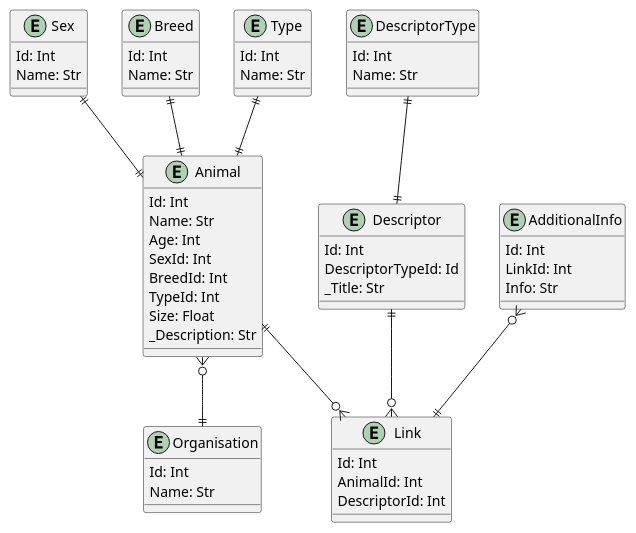
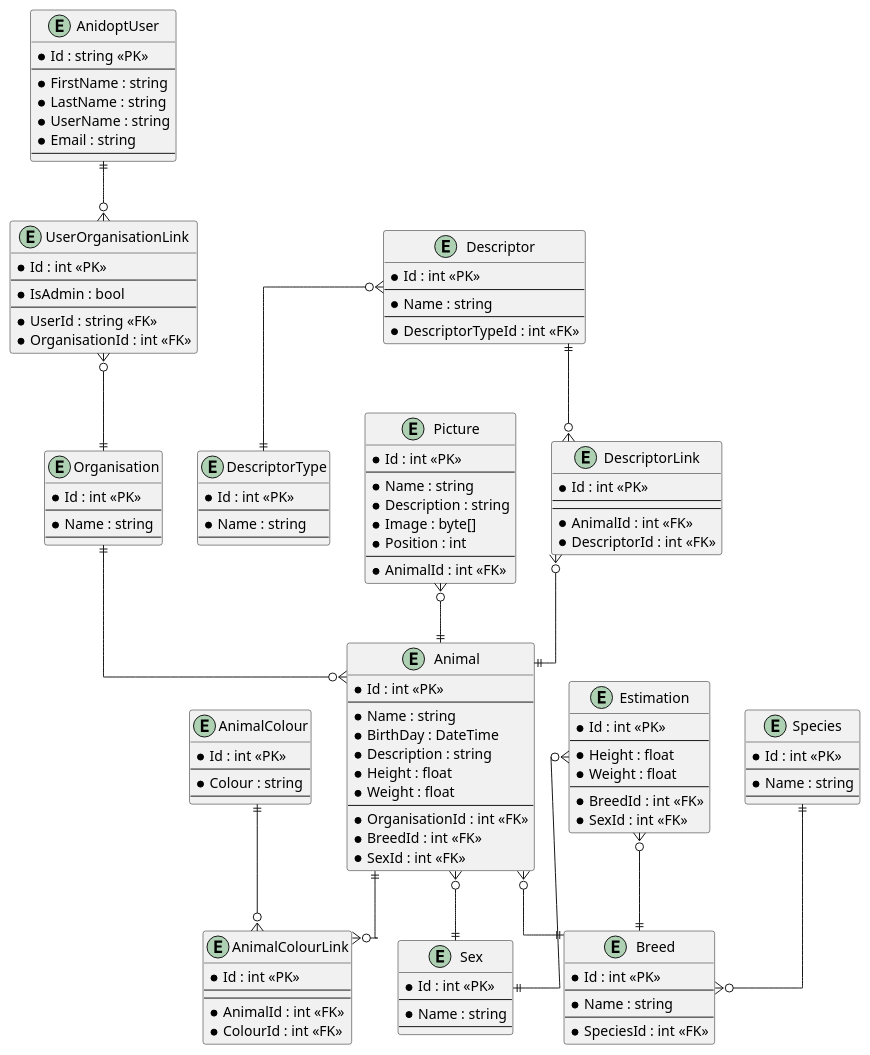
One commit to aidan-bailey/Anidopt changed the diagram in Diagrams/db.plantuml. Above: the diagram before and after it, drawn with PlantUML. The commit also changed 29 other files, not shown here.

```diff
--- a/Diagrams/db.plantuml
+++ b/Diagrams/db.plantuml
@@ -1,55 +1,126 @@
 @startuml
-entity Sex {
-    Id: Int
-    Name: Str
+skinparam linetype ortho
+
+entity AnidoptUser {
+    *Id : string <<PK>>
+    --
+    *FirstName : string
+    *LastName : string
+    *UserName : string
+    *Email : string
+    --
+}
+entity Animal {
+    *Id : int <<PK>>
+    --
+    *Name : string
+    *BirthDay : DateTime
+    *Description : string
+    *Height : float
+    *Weight : float
+    --
+    *OrganisationId : int <<FK>>
+    *BreedId : int <<FK>>
+    *SexId : int <<FK>>
+}
+entity AnimalColour {
+    *Id : int <<PK>>
+    --
+    *Colour : string
+    --
+}
+entity AnimalColourLink {
+    *Id : int <<PK>>
+    --
+    --
+    *AnimalId : int <<FK>>
+    *ColourId : int <<FK>>
 }
 entity Breed {
-    Id: Int
-    Name: Str
+    *Id : int <<PK>>
+    --
+    *Name : string
+    --
+    *SpeciesId : int <<FK>>
 }
-entity Type {
-    Id: Int
-    Name: Str
+entity Descriptor {
+    *Id : int <<PK>>
+    --
+    *Name : string
+    --
+    *DescriptorTypeId : int <<FK>>
 }
-entity Animal {
-    Id: Int
-    Name: Str
-    Age: Int
-    SexId: Int
-    BreedId: Int
-    TypeId: Int
-    Size: Float
-    _Description: Str
+entity DescriptorLink {
+    *Id : int <<PK>>
+    --
+    --
+    *AnimalId : int <<FK>>
+    *DescriptorId : int <<FK>>
 }
 entity DescriptorType {
-    Id: Int
-    Name: Str
+    *Id : int <<PK>>
+    --
+    *Name : string
+    --
 }
-entity Descriptor {
-    Id: Int
-    DescriptorTypeId: Id
-    _Title: Str
-}
-entity Link {
-    Id: Int
-    AnimalId: Int
-    DescriptorId: Int
-}
-entity AdditionalInfo {
-    Id: Int
-    LinkId: Int
-    Info: Str
+entity Estimation {
+    *Id : int <<PK>>
+    --
+    *Height : float
+    *Weight : float
+    --
+    *BreedId : int <<FK>>
+    *SexId : int <<FK>>
 }
 entity Organisation {
-    Id: Int
-    Name: Str
+    *Id : int <<PK>>
+    --
+    *Name : string
+    --
 }
-Animal }o--|| Organisation
-DescriptorType ||--|| Descriptor
-Descriptor ||--o{ Link
-Animal ||--o{ Link
-AdditionalInfo }o--|| Link
-Breed ||--|| Animal
-Type ||--|| Animal
-Sex ||--|| Animal
+entity Picture {
+    *Id : int <<PK>>
+    --
+    *Name : string
+    *Description : string
+    *Image : byte[]
+    *Position : int
+    --
+    *AnimalId : int <<FK>>
+}
+entity Sex {
+    *Id : int <<PK>>
+    --
+    *Name : string
+    --
+}
+entity Species {
+    *Id : int <<PK>>
+    --
+    *Name : string
+    --
+}
+entity UserOrganisationLink {
+    *Id : int <<PK>>
+    --
+    *IsAdmin : bool
+    --
+    *UserId : string <<FK>>
+    *OrganisationId : int <<FK>>
+}
+
+AnidoptUser ||--o{ UserOrganisationLink
+UserOrganisationLink }o--|| Organisation
+Animal }o--|| Breed
+Animal }o--|| Sex
+Species ||--o{ Breed
+Organisation ||--o{ Animal
+AnimalColour ||--o{ AnimalColourLink
+Animal ||--o{ AnimalColourLink
+Picture }o--|| Animal
+Descriptor ||--o{ DescriptorLink
+Descriptor }o--|| DescriptorType
+DescriptorLink }o--|| Animal
+Estimation }o--|| Sex
+Estimation }o--|| Breed
 @enduml
```
